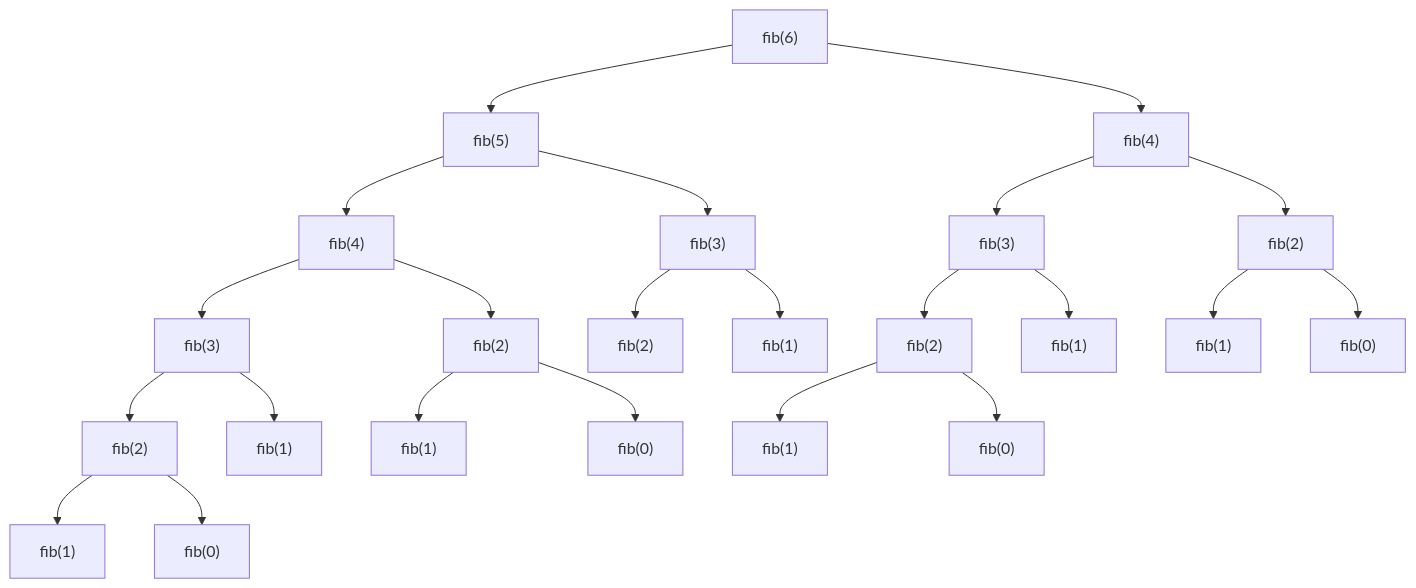
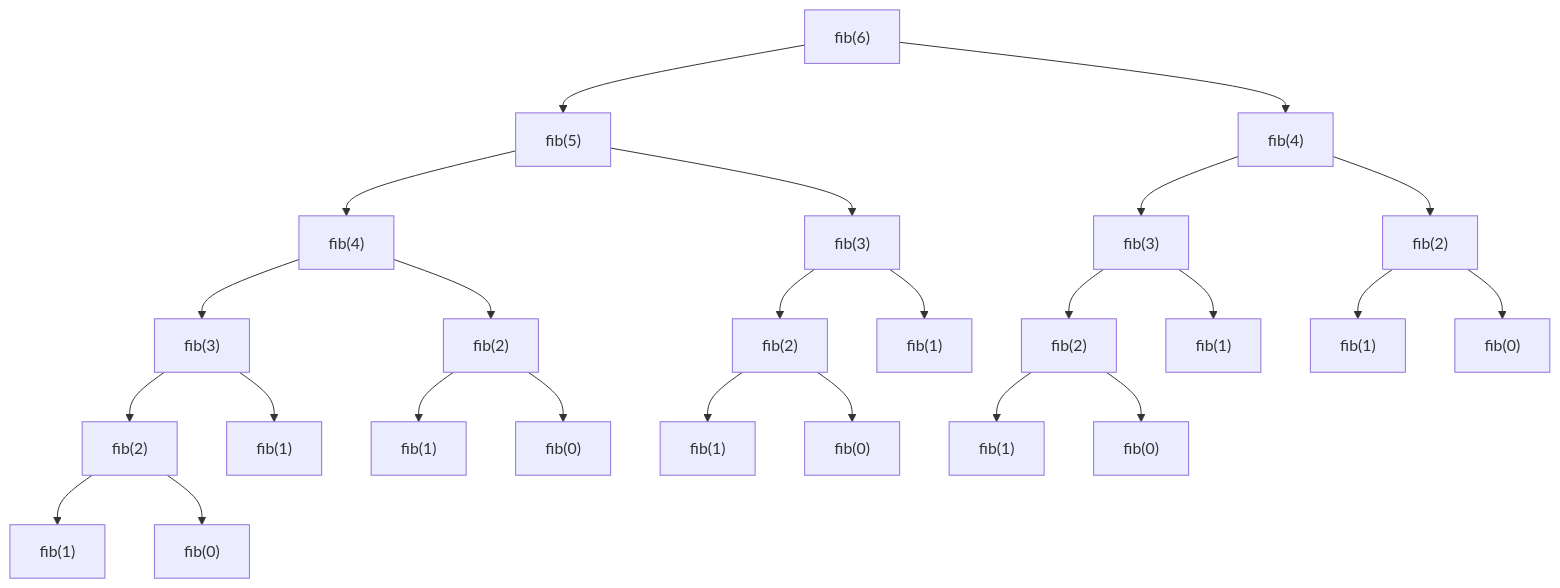
The second of 2 diagrams in _posts/2018-12-29-ayoayo.md (raganwald/raganwald.github.com), drawn with Mermaid before and after one commit.

Commit message:
missed one

```diff
--- a/_posts/2018-12-29-ayoayo.md
+++ b/_posts/2018-12-29-ayoayo.md
@@ -1340,29 +1340,31 @@
 <div class="mermaid">
   graph TD
     six["fib(6)"] --> six5["fib(5)"]
     six           --> six4["fib(4)"]
 
     six5          --> six54["fib(4)"]
     six5          --> six53["fib(3)"]
     six4          --> six43["fib(3)"]
     six4          --> six42["fib(2)"]
 
     six54         --> six543["fib(3)"]
     six54         --> six542["fib(2)"]
     six53         --> six532["fib(2)"]
     six53         --> six531["fib(1)"]
     six43         --> six432["fib(2)"]
     six43         --> six431["fib(1)"]
     six42         --> six421["fib(1)"]
     six42         --> six420["fib(0)"]
 
     six543        --> six5432["fib(2)"]
     six543        --> six5431["fib(1)"]
     six542        --> six5421["fib(1)"]
     six542        --> six5420["fib(0)"]
+    six532        --> six5321["fib(1)"]
+    six532        --> six5320["fib(0)"]
     six432        --> six4321["fib(1)"]
     six432        --> six4320["fib(0)"]
 
     six5432       --> six54321["fib(1)"]
     six5432       --> six54320["fib(0)"]
 </div>
```
